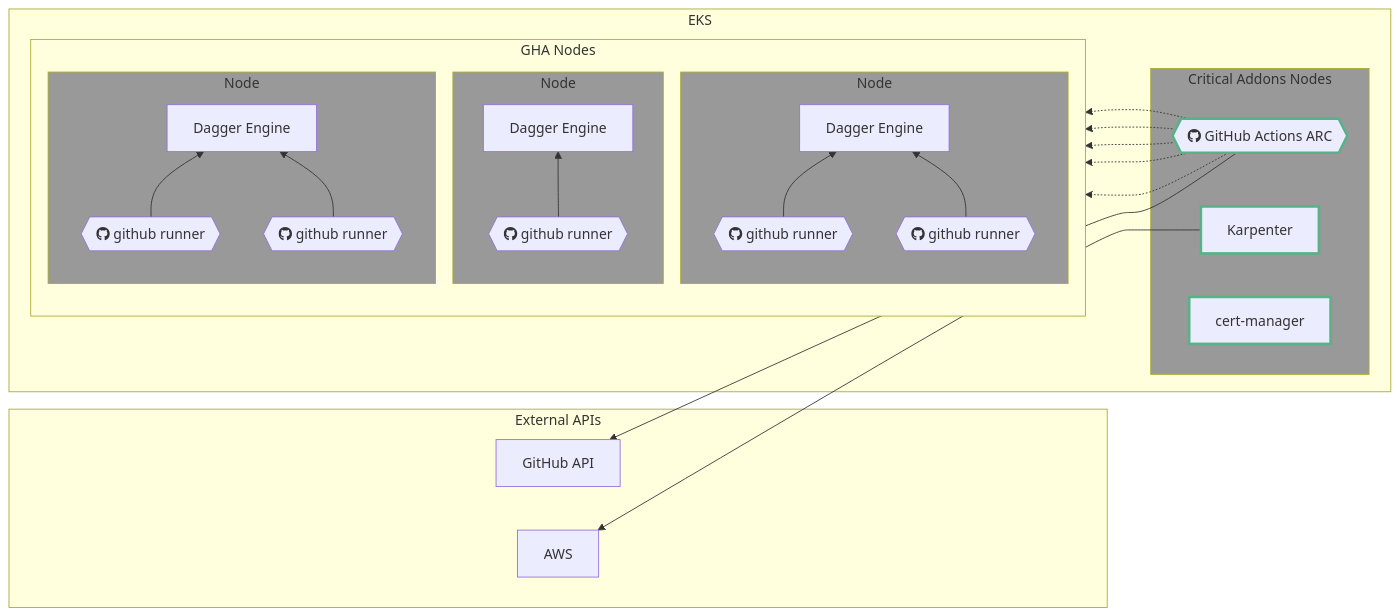
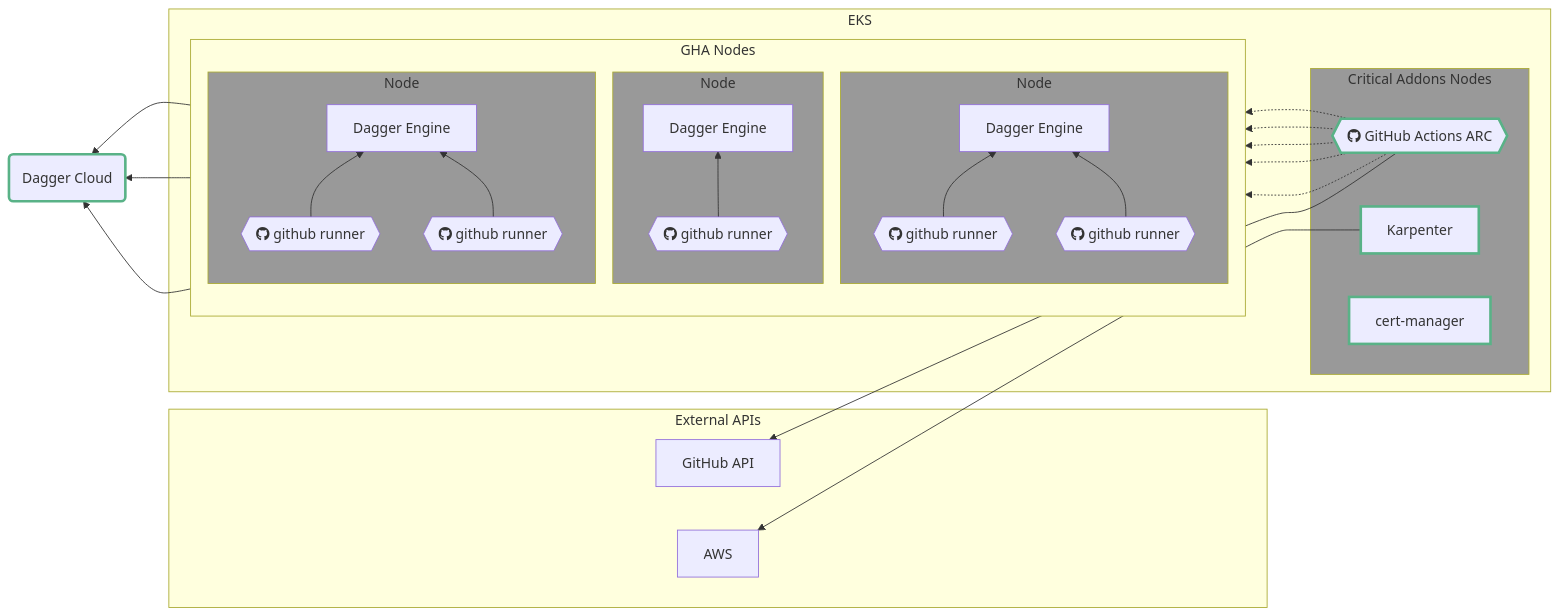
The diagram in docs/current/guides/281969-dagger-on-kubernetes.md (dagger/dagger), drawn with Mermaid before and after one commit. The commit also changed other lines of this file, not shown here.

````diff
--- a/docs/current/guides/281969-dagger-on-kubernetes.md
+++ b/docs/current/guides/281969-dagger-on-kubernetes.md
@@ -3,62 +3,69 @@
 ```mermaid
 graph RL
     classDef link stroke:#59b287,stroke-width:3px;  
 
     subgraph External APIs
         github[GitHub API]
         AWS
     end
+
+    dagger-cloud(Dagger Cloud):::link
+    click dagger-cloud "https://dagger.cloud"
+    dagger-engine --> dagger-cloud
+    dagger-engine2 --> dagger-cloud
+    dagger-engine3 --> dagger-cloud
+
 
     gha-arc --> github
     Karpenter --> AWS
 
     %% AWS -. create node .-> gha-node-1
     %% AWS -.-> gha-node-2
     %% AWS -.-> gha-node-3
 
     
 
     subgraph EKS
         gha-arc -.-> runner1
         gha-arc -.-> runner2.1
         gha-arc -.-> runner2.2
         gha-arc -.-> runner3.1
         gha-arc -.-> runner3.2
         %% gha-arc -.-> runner3.3
         %% gha-arc -.-> runner3.4
         %% gha-arc -.-> runner3.5
         
 
         subgraph crit-addons[Critical Addons Nodes]
             
             gha-arc{{ fab:fa-github GitHub Actions ARC }}:::link
             click gha-arc "https://github.com/actions/actions-runner-controller/"
             Karpenter:::link
             click Karpenter "https://karpenter.sh/"
             cert-manager:::link
             click cert-manager "https://cert-manager.io/"
         end
         style crit-addons fill:#999999;
         subgraph GHA Nodes
             direction BT
             style gha-node-1 fill:#999999;
             style gha-node-2 fill:#999999;
             style gha-node-3 fill:#999999;
             subgraph gha-node-1[Node]
                 %% runner{{ fab:fa-github github runner }}
                 runner1{{ fab:fa-github github runner }} --> dagger-engine[Dagger Engine]
             end
             subgraph gha-node-2[Node]
                 runner2.1{{ fab:fa-github github runner }} --> dagger-engine2[Dagger Engine]
                 runner2.2{{ fab:fa-github github runner }} --> dagger-engine2[Dagger Engine]
             end
             subgraph gha-node-3[Node]
                 runner3.1{{ fab:fa-github github runner }} --> dagger-engine3[Dagger Engine]
                 runner3.2{{ fab:fa-github github runner }} --> dagger-engine3[Dagger Engine]
                 %% runner3.3{{ fab:fa-github github runner }} --> dagger-engine3[Dagger Engine]
                 %% runner3.4{{ fab:fa-github github runner }} --> dagger-engine3[Dagger Engine]
                 %% runner3.5{{ fab:fa-github github runner }} --> dagger-engine3[Dagger Engine]
             end
         end
     end
 ```
````
